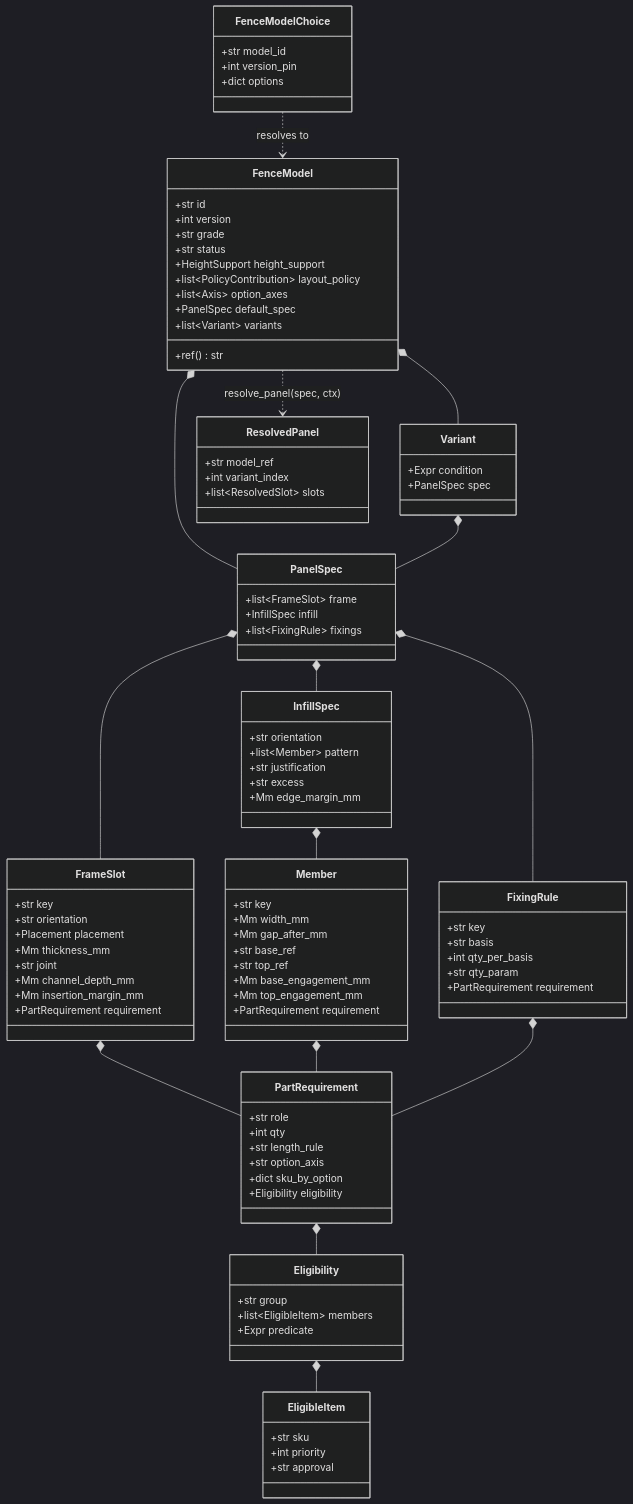
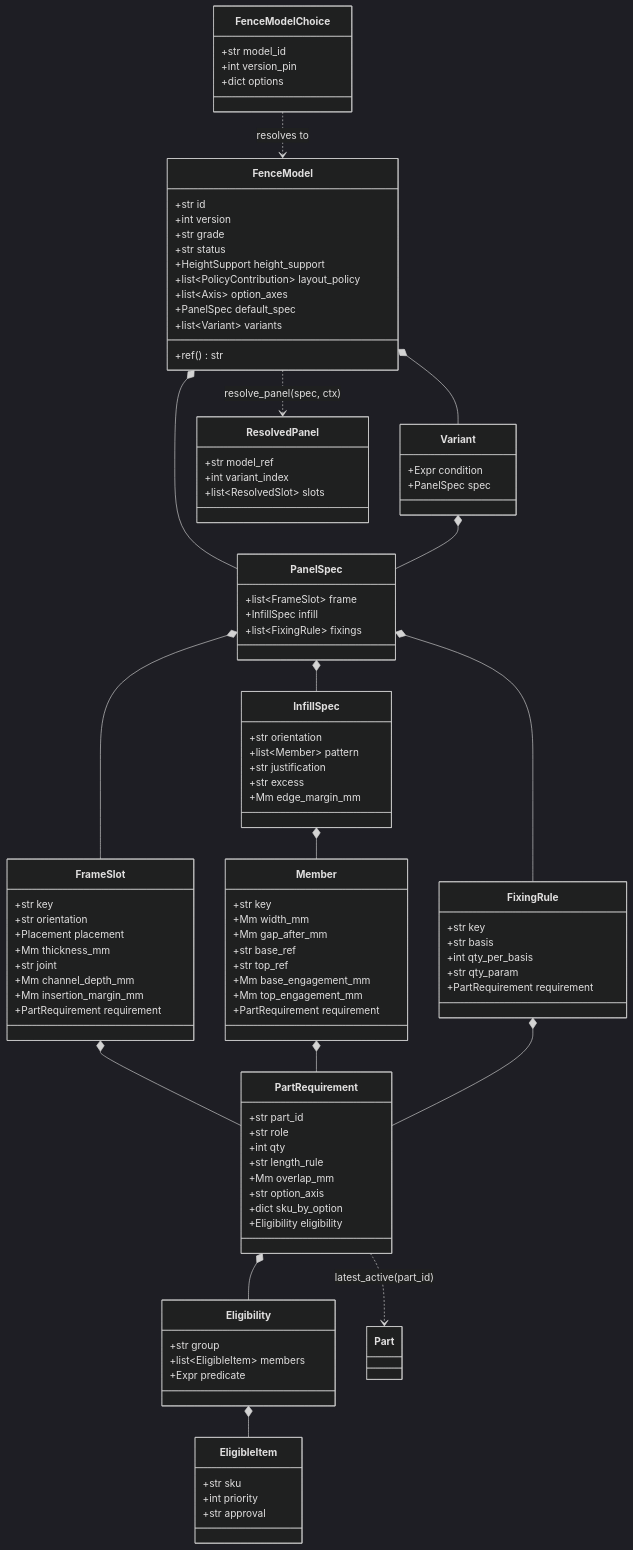
The third of 9 diagrams in docs/architecture/02-entities.md (spicysauce1955-stack/BOM), drawn with Mermaid (dark theme) before and after one commit. The commit also changed other lines of this file and 3 other files, not shown here.

````diff
--- a/docs/architecture/02-entities.md
+++ b/docs/architecture/02-entities.md
@@ -276,9 +276,11 @@
         +PartRequirement requirement
     }
     class PartRequirement {
+        +str part_id
         +str role
         +int qty
         +str length_rule
+        +Mm overlap_mm
         +str option_axis
         +dict sku_by_option
         +Eligibility eligibility
@@ -322,4 +324,5 @@
     Eligibility *-- EligibleItem
     FenceModelChoice ..> FenceModel : resolves to
     FenceModel ..> ResolvedPanel : resolve_panel(spec, ctx)
+    PartRequirement ..> Part : latest_active(part_id)
 ```
````
